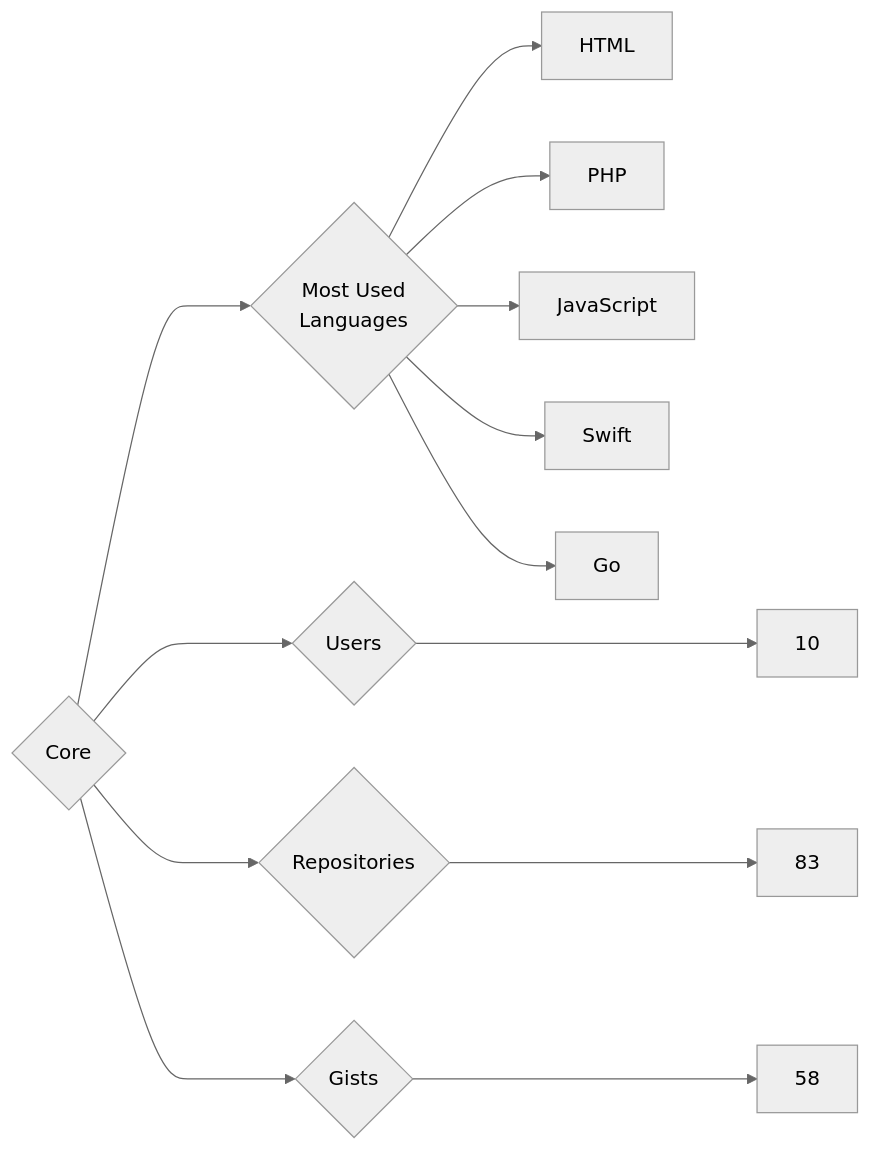
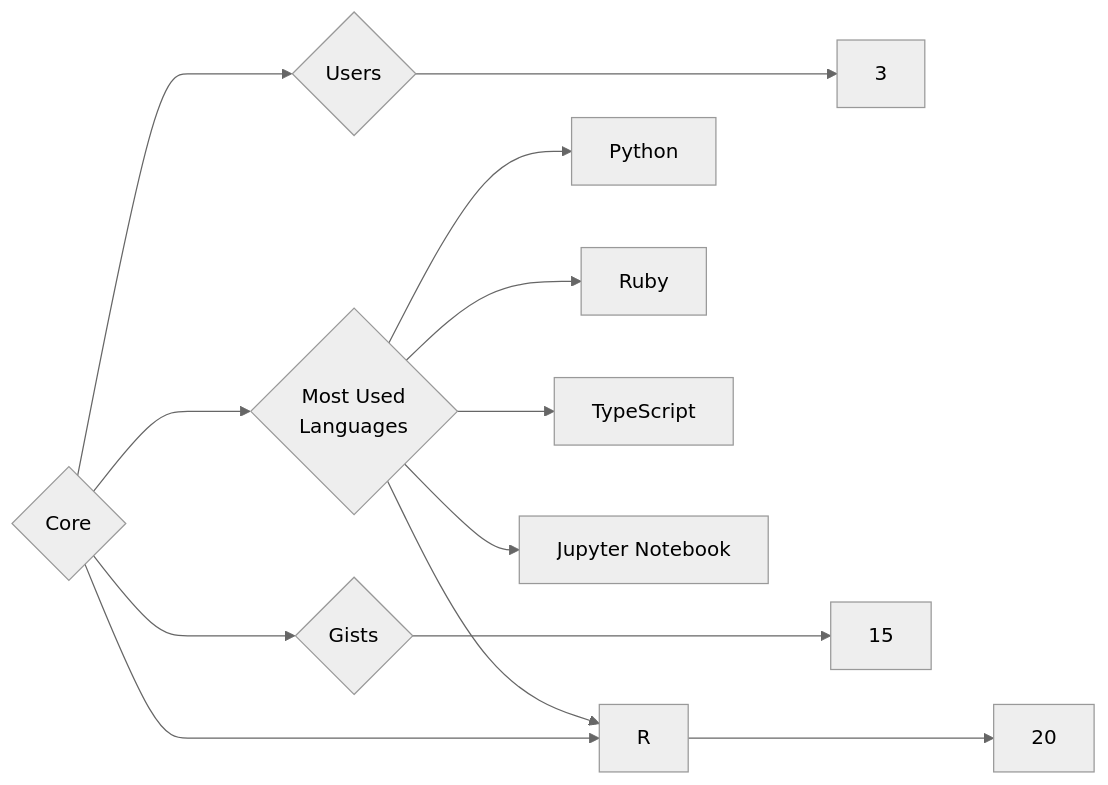
One commit to trickest/insiders changed the diagram in targets/Core/README.md. Above: the diagram before and after it, drawn with Mermaid (neutral theme). The commit also changed 1148 other files, not shown here.

````diff
--- a/targets/Core/README.md
+++ b/targets/Core/README.md
@@ -3,13 +3,13 @@
 ```mermaid
 graph LR
 COMPANY_NAME{Core}
-COMPANY_NAME ---> U{Users} ---> UN[10]
-COMPANY_NAME ---> R{Repositories} ---> RN[83]
-COMPANY_NAME ---> G{Gists} ---> GN[58]
+COMPANY_NAME ---> U{Users} ---> UN[3]
+COMPANY_NAME ---> R{Repositories} ---> RN[20]
+COMPANY_NAME ---> G{Gists} ---> GN[15]
 COMPANY_NAME ---> ML{Most Used<br>Languages}
-ML --> HTML[HTML]
-ML --> PHP[PHP]
-ML --> JavaScript[JavaScript]
-ML --> Swift[Swift]
-ML --> Go[Go]
+ML --> Python[Python]
+ML --> Ruby[Ruby]
+ML --> R[R]
+ML --> TypeScript[TypeScript]
+ML --> Jupyter_Notebook[Jupyter Notebook]
 ```
````
